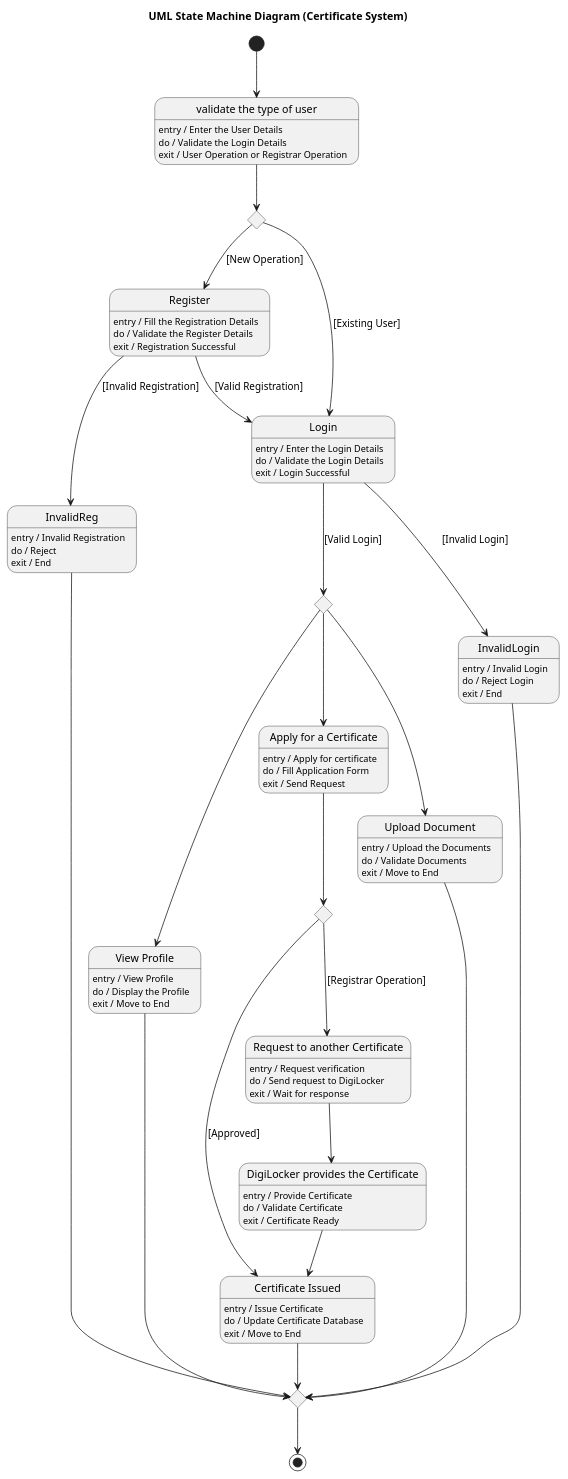
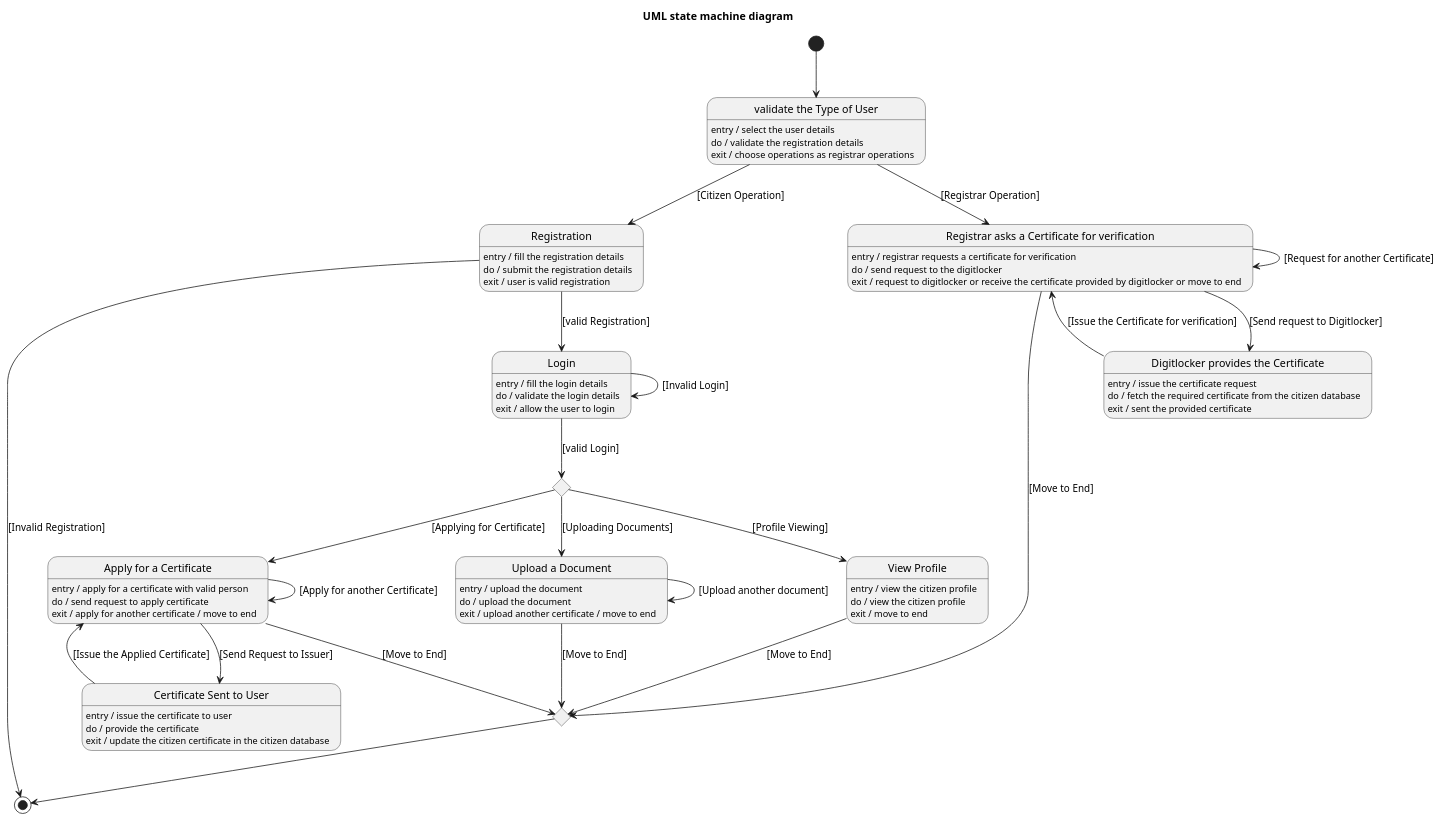
The diagram in dataset/case_15_digidoclocker/diagram.puml (maimunafaria/State_transition_Diagram_generated_by_LLM), drawn with PlantUML before and after one commit. The commit also changed 15 other files, not shown here.

```diff
--- a/dataset/case_15_digidoclocker/diagram.puml
+++ b/dataset/case_15_digidoclocker/diagram.puml
@@ -1,119 +1,86 @@
 @startuml
-title UML State Machine Diagram (Certificate System)
+title UML state machine diagram
 
-'-----------------------
-' Initial
-'-----------------------
-[*] --> ValidateUser
 
-state "validate the type of user" as ValidateUser
-ValidateUser : entry / Enter the User Details
-ValidateUser : do / Validate the Login Details
-ValidateUser : exit / User Operation or Registrar Operation
+state UserOps <<choice>>
+state EndJoin <<choice>>
 
-'-----------------------
-' Registration / Login
-'-----------------------
-state Choice1 <<choice>>
-ValidateUser --> Choice1
+[*] --> ValidateUserType
 
-Choice1 --> Register : [New Operation]
-Choice1 --> Login : [Existing User]
+state "validate the Type of User" as ValidateUserType
+ValidateUserType : entry / select the user details
+ValidateUserType : do / validate the registration details
+ValidateUserType : exit / choose operations as registrar operations
 
-state Register
-Register : entry / Fill the Registration Details
-Register : do / Validate the Register Details
-Register : exit / Registration Successful
-
-state InvalidReg
-InvalidReg : entry / Invalid Registration
-InvalidReg : do / Reject
-InvalidReg : exit / End
-
-Register --> Login : [Valid Registration]
-Register --> InvalidReg : [Invalid Registration]
+state Registration
+Registration : entry / fill the registration details
+Registration : do / submit the registration details
+Registration : exit / user is valid registration
 
 state Login
-Login : entry / Enter the Login Details
-Login : do / Validate the Login Details
-Login : exit / Login Successful
+Login : entry / fill the login details
+Login : do / validate the login details
+Login : exit / allow the user to login
 
-state InvalidLogin
-InvalidLogin : entry / Invalid Login
-InvalidLogin : do / Reject Login
-InvalidLogin : exit / End
-
-Login --> InvalidLogin : [Invalid Login]
-
-'-----------------------
-' After Login
-'-----------------------
-state Choice2 <<choice>>
-Login --> Choice2 : [Valid Login]
-
-Choice2 --> UploadDocs
-Choice2 --> ViewProfile
-Choice2 --> ApplyCert
-
-'-----------------------
-' Left branch
-'-----------------------
-state "Upload Document" as UploadDocs
-UploadDocs : entry / Upload the Documents
-UploadDocs : do / Validate Documents
-UploadDocs : exit / Move to End
+state "Upload a Document" as UploadDocument
+UploadDocument : entry / upload the document
+UploadDocument : do / upload the document
+UploadDocument : exit / upload another certificate / move to end
 
 state "View Profile" as ViewProfile
-ViewProfile : entry / View Profile
-ViewProfile : do / Display the Profile
-ViewProfile : exit / Move to End
+ViewProfile : entry / view the citizen profile
+ViewProfile : do / view the citizen profile
+ViewProfile : exit / move to end
 
-'-----------------------
-' Apply Certificate Flow
-'-----------------------
-state "Apply for a Certificate" as ApplyCert
-ApplyCert : entry / Apply for certificate
-ApplyCert : do / Fill Application Form
-ApplyCert : exit / Send Request
+state "Apply for a Certificate" as ApplyCertificate
+ApplyCertificate : entry / apply for a certificate with valid person
+ApplyCertificate : do / send request to apply certificate
+ApplyCertificate : exit / apply for another certificate / move to end
 
-state Choice3 <<choice>>
-ApplyCert --> Choice3
+state "Certificate Sent to User" as CertSentUser
+CertSentUser : entry / issue the certificate to user
+CertSentUser : do / provide the certificate
+CertSentUser : exit / update the citizen certificate in the citizen database
 
-Choice3 --> IssueCert : [Approved]
-Choice3 --> RegistrarOp : [Registrar Operation]
+state "Registrar asks a Certificate for verification" as RegistrarAskCert
+RegistrarAskCert : entry / registrar requests a certificate for verification
+RegistrarAskCert : do / send request to the digitlocker
+RegistrarAskCert : exit / request to digitlocker or receive the certificate provided by digitlocker or move to end
 
-state "Certificate Issued" as IssueCert
-IssueCert : entry / Issue Certificate
-IssueCert : do / Update Certificate Database
-IssueCert : exit / Move to End
+state "Digitlocker provides the Certificate" as DigitlockerCertificate
+DigitlockerCertificate : entry / issue the certificate request
+DigitlockerCertificate : do / fetch the required certificate from the citizen database
+DigitlockerCertificate : exit / sent the provided certificate
 
-'-----------------------
-' Registrar flow
-'-----------------------
-state "Request to another Certificate" as RegistrarOp
-RegistrarOp : entry / Request verification
-RegistrarOp : do / Send request to DigiLocker
-RegistrarOp : exit / Wait for response
+ValidateUserType --> Registration : [Citizen Operation]
+ValidateUserType --> RegistrarAskCert : [Registrar Operation]
 
-state "DigiLocker provides the Certificate" as DigiLocker
-DigiLocker : entry / Provide Certificate
-DigiLocker : do / Validate Certificate
-DigiLocker : exit / Certificate Ready
+Registration --> Login : [valid Registration]
+Registration --> [*] : [Invalid Registration]
 
-RegistrarOp --> DigiLocker
-DigiLocker --> IssueCert
+Login --> UserOps : [valid Login]
+Login --> Login : [Invalid Login]
 
-'-----------------------
-' Final merge
-'-----------------------
-state EndMerge <<choice>>
+UserOps --> UploadDocument : [Uploading Documents]
+UserOps --> ViewProfile : [Profile Viewing]
+UserOps --> ApplyCertificate : [Applying for Certificate]
 
-UploadDocs --> EndMerge
-ViewProfile --> EndMerge
-IssueCert --> EndMerge
-InvalidReg --> EndMerge
-InvalidLogin --> EndMerge
+UploadDocument --> EndJoin : [Move to End]
+UploadDocument --> UploadDocument : [Upload another document]
+ViewProfile --> EndJoin : [Move to End]
 
-EndMerge --> [*]
+ApplyCertificate --> ApplyCertificate : [Apply for another Certificate]
+ApplyCertificate --> CertSentUser : [Send Request to Issuer]
+ApplyCertificate --> EndJoin : [Move to End]
+
+CertSentUser --> ApplyCertificate : [Issue the Applied Certificate]
+
+RegistrarAskCert --> RegistrarAskCert : [Request for another Certificate]
+RegistrarAskCert --> DigitlockerCertificate : [Send request to Digitlocker]
+RegistrarAskCert --> EndJoin : [Move to End]
+
+DigitlockerCertificate --> RegistrarAskCert : [Issue the Certificate for verification]
+
+EndJoin --> [*]
 
 @enduml
```
